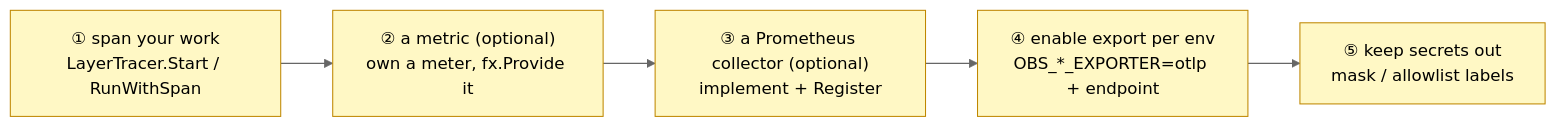
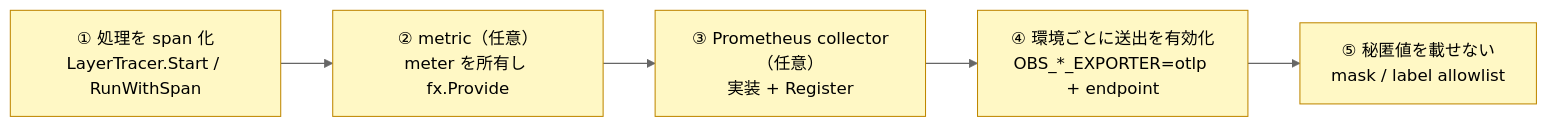
Before and after one commit to Tomy-ch/go-boilerplate: the fourth of 4 diagrams in docs/design/observability.md, drawn with Mermaid (neutral theme). The commit also changed other lines of this file and 970 other files, not shown here.

````diff
--- a/docs/design/observability.md
+++ b/docs/design/observability.md
@@ -186,10 +186,10 @@
 ```mermaid
 flowchart LR
-    S["① span your work<br/>LayerTracer.Start / RunWithSpan"]:::need
-    M["② a metric (optional)<br/>own a meter, fx.Provide it"]:::need
-    P["③ a Prometheus collector (optional)<br/>implement + Register"]:::need
-    E["④ enable export per env<br/>OBS_*_EXPORTER=otlp + endpoint"]:::need
-    K["⑤ keep secrets out<br/>mask / allowlist labels"]:::need
+    S["① 処理を span 化<br/>LayerTracer.Start / RunWithSpan"]:::need
+    M["② metric（任意）<br/>meter を所有し fx.Provide"]:::need
+    P["③ Prometheus collector（任意）<br/>実装 + Register"]:::need
+    E["④ 環境ごとに送出を有効化<br/>OBS_*_EXPORTER=otlp + endpoint"]:::need
+    K["⑤ 秘匿値を載せない<br/>mask / label allowlist"]:::need
     S --> M --> P --> E --> K
     classDef need fill:#fff8c5,stroke:#bf8700;
 ```
````
